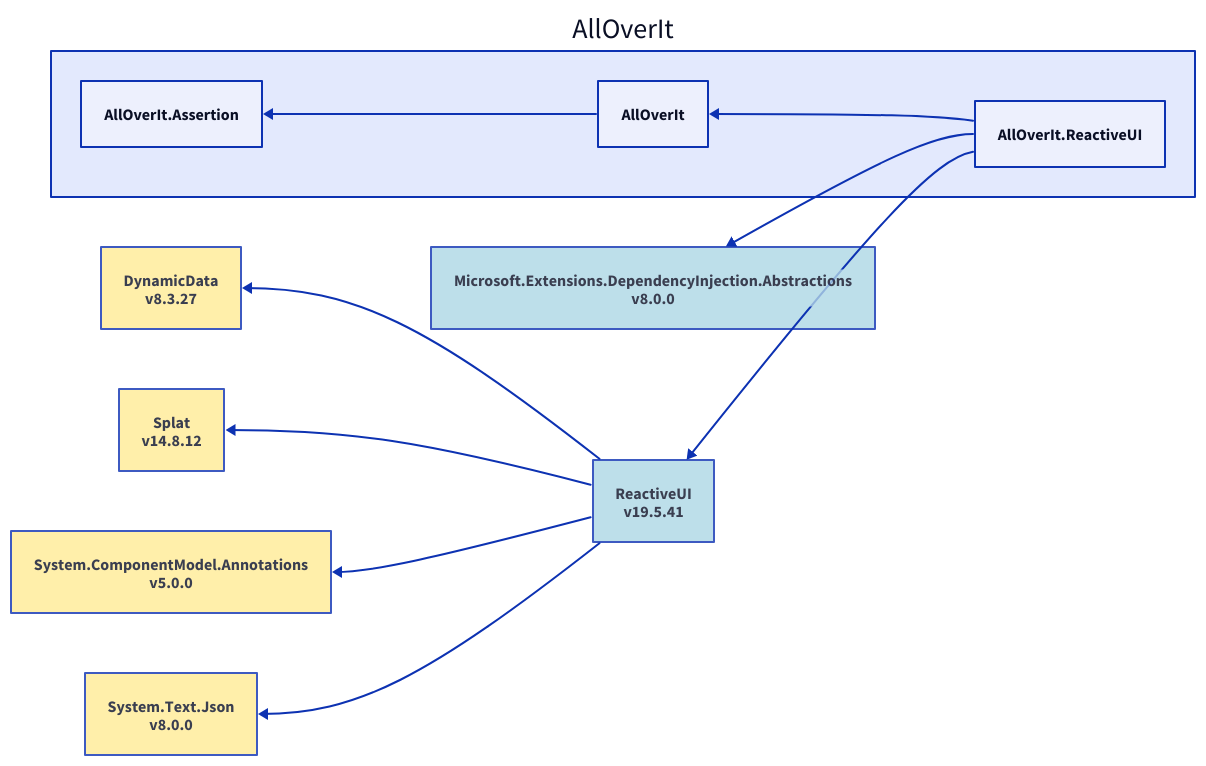
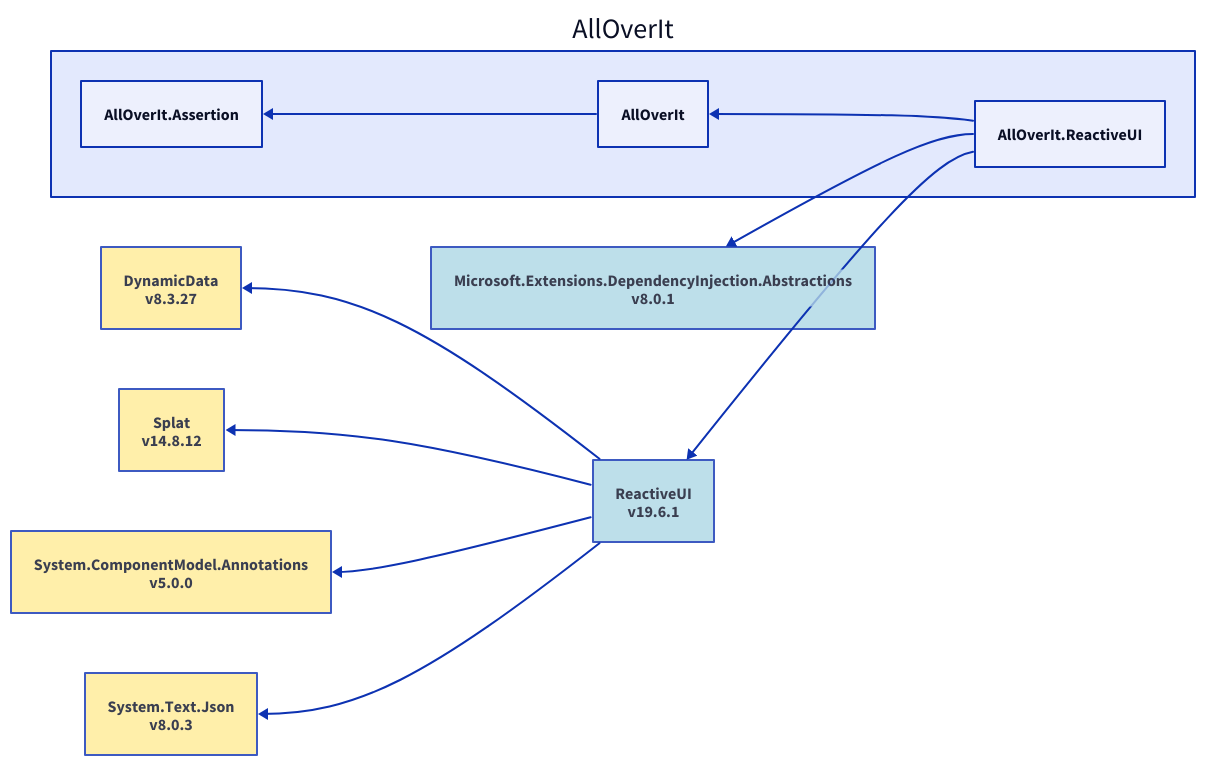
Before and after one commit to mjfreelancing/AllOverIt: the diagram in Docs/Reference/Content/images/dependencies/net7.0/alloverit-reactiveui.d2, drawn with D2. The commit also changed 288 other files, not shown here.

```diff
--- a/Docs/Reference/Content/images/dependencies/net7.0/alloverit-reactiveui.d2
+++ b/Docs/Reference/Content/images/dependencies/net7.0/alloverit-reactiveui.d2
@@ -1,32 +1,32 @@
 direction: left
 
 aoi: AllOverIt
 aoi.alloverit-reactiveui: AllOverIt.ReactiveUI
-microsoft-extensions-dependencyinjection-abstractions_8-0-0: Microsoft.Extensions.DependencyInjection.Abstractions\nv8.0.0
-microsoft-extensions-dependencyinjection-abstractions_8-0-0.style.fill: "#ADD8E6"
-microsoft-extensions-dependencyinjection-abstractions_8-0-0.style.opacity: 0.8
-microsoft-extensions-dependencyinjection-abstractions_8-0-0 <- aoi.alloverit-reactiveui
-reactiveui_19-5-41: ReactiveUI\nv19.5.41
-reactiveui_19-5-41.style.fill: "#ADD8E6"
-reactiveui_19-5-41.style.opacity: 0.8
+microsoft-extensions-dependencyinjection-abstractions_8-0-1: Microsoft.Extensions.DependencyInjection.Abstractions\nv8.0.1
+microsoft-extensions-dependencyinjection-abstractions_8-0-1.style.fill: "#ADD8E6"
+microsoft-extensions-dependencyinjection-abstractions_8-0-1.style.opacity: 0.8
+microsoft-extensions-dependencyinjection-abstractions_8-0-1 <- aoi.alloverit-reactiveui
+reactiveui_19-6-1: ReactiveUI\nv19.6.1
+reactiveui_19-6-1.style.fill: "#ADD8E6"
+reactiveui_19-6-1.style.opacity: 0.8
 dynamicdata_8-3-27: DynamicData\nv8.3.27
 dynamicdata_8-3-27.style.fill: "#FFEC96"
 dynamicdata_8-3-27.style.opacity: 0.8
-dynamicdata_8-3-27 <- reactiveui_19-5-41
+dynamicdata_8-3-27 <- reactiveui_19-6-1
 splat_14-8-12: Splat\nv14.8.12
 splat_14-8-12.style.fill: "#FFEC96"
 splat_14-8-12.style.opacity: 0.8
-splat_14-8-12 <- reactiveui_19-5-41
+splat_14-8-12 <- reactiveui_19-6-1
 system-componentmodel-annotations_5-0-0: System.ComponentModel.Annotations\nv5.0.0
 system-componentmodel-annotations_5-0-0.style.fill: "#FFEC96"
 system-componentmodel-annotations_5-0-0.style.opacity: 0.8
-system-componentmodel-annotations_5-0-0 <- reactiveui_19-5-41
-system-text-json_8-0-0: System.Text.Json\nv8.0.0
-system-text-json_8-0-0.style.fill: "#FFEC96"
-system-text-json_8-0-0.style.opacity: 0.8
-system-text-json_8-0-0 <- reactiveui_19-5-41
-reactiveui_19-5-41 <- aoi.alloverit-reactiveui
+system-componentmodel-annotations_5-0-0 <- reactiveui_19-6-1
+system-text-json_8-0-3: System.Text.Json\nv8.0.3
+system-text-json_8-0-3.style.fill: "#FFEC96"
+system-text-json_8-0-3.style.opacity: 0.8
+system-text-json_8-0-3 <- reactiveui_19-6-1
+reactiveui_19-6-1 <- aoi.alloverit-reactiveui
 aoi.alloverit: AllOverIt
 aoi.alloverit-assertion: AllOverIt.Assertion
 aoi.alloverit-assertion <- aoi.alloverit
 aoi.alloverit <- aoi.alloverit-reactiveui
```
